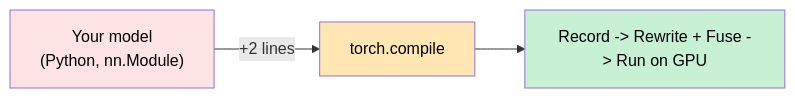
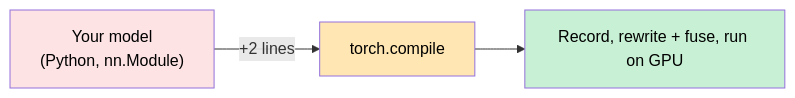
One commit to megabake/megabake changed the first of 32 diagrams in talk.md. Above: the diagram before and after it, drawn with Mermaid. The commit also changed other lines of this file, not shown here.

Commit message:
fixing mermaids

````diff
--- a/talk.md
+++ b/talk.md
@@ -34,8 +34,8 @@
 ```mermaid
 flowchart LR
-    A["Your model\n(Python, nn.Module)"] -->|"+2 lines"| B[torch.compile]
-    B --> C["Record -> Rewrite + Fuse -> Run on GPU"]
+    A["Your model\n(Python, nn.Module)"] -->|"+2 lines"| B["torch.compile"]
+    B --> C["Record, rewrite + fuse, run on GPU"]
     style A fill:#fde3e3,color:#000
     style B fill:#ffe6b3,color:#000
     style C fill:#c8f0d4,color:#000
 ```
````
